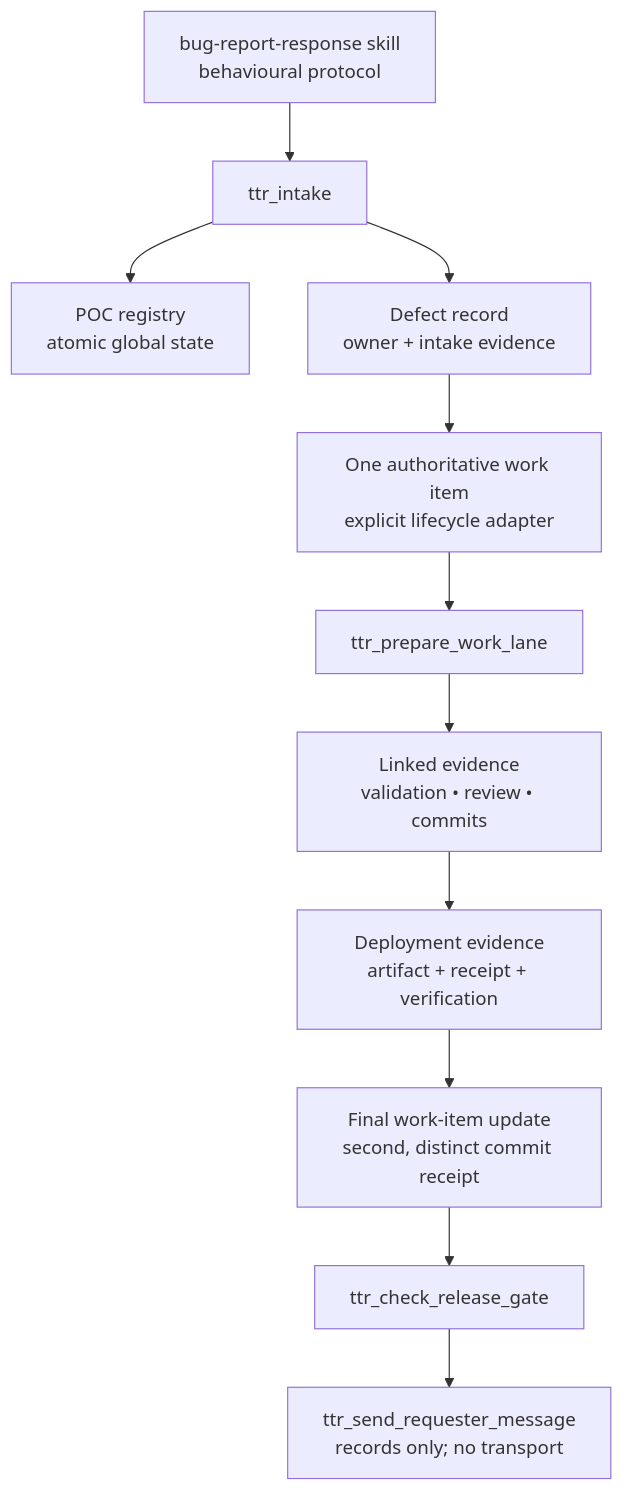
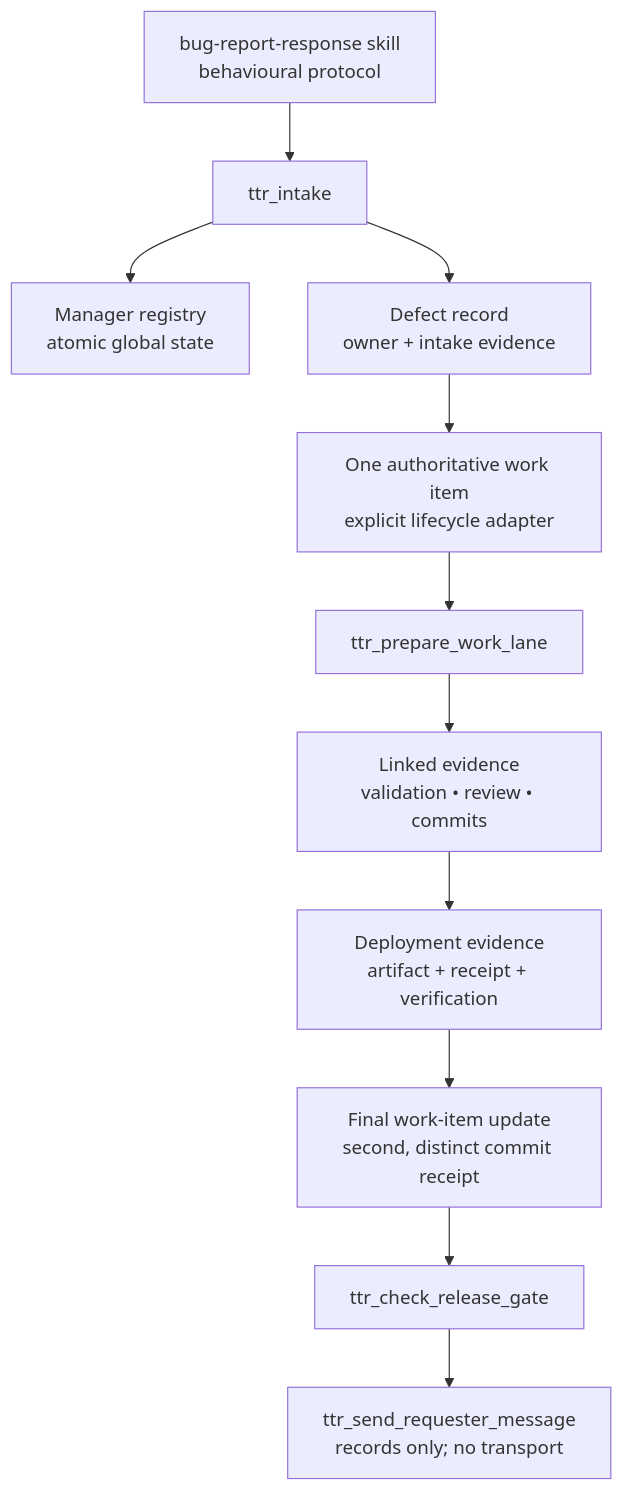
The diagram in extensions/triage-control-plane/README.md (calan-co/pi-extensions), drawn with Mermaid before and after one commit. The commit also changed other lines of this file and 4 other files, not shown here.

Commit message:
refine TTR manager registry

````diff
--- a/extensions/triage-control-plane/README.md
+++ b/extensions/triage-control-plane/README.md
@@ -16,13 +16,13 @@
 ```mermaid
 flowchart TD
   Skill["bug-report-response skill\nbehavioural protocol"] --> Intake[ttr_intake]
-  Intake --> Registry["POC registry\natomic global state"]
+  Intake --> Registry["Manager registry\natomic global state"]
   Intake --> Defect["Defect record\nowner + intake evidence"]
   Defect --> WorkItem["One authoritative work item\nexplicit lifecycle adapter"]
   WorkItem --> Lane[ttr_prepare_work_lane]
   Lane --> Evidence["Linked evidence\nvalidation • review • commits"]
   Evidence --> Deployment["Deployment evidence\nartifact + receipt + verification"]
   Deployment --> FinalUpdate["Final work-item update\nsecond, distinct commit receipt"]
   FinalUpdate --> Gate[ttr_check_release_gate]
   Gate --> Message["ttr_send_requester_message\nrecords only; no transport"]
 ```
````
